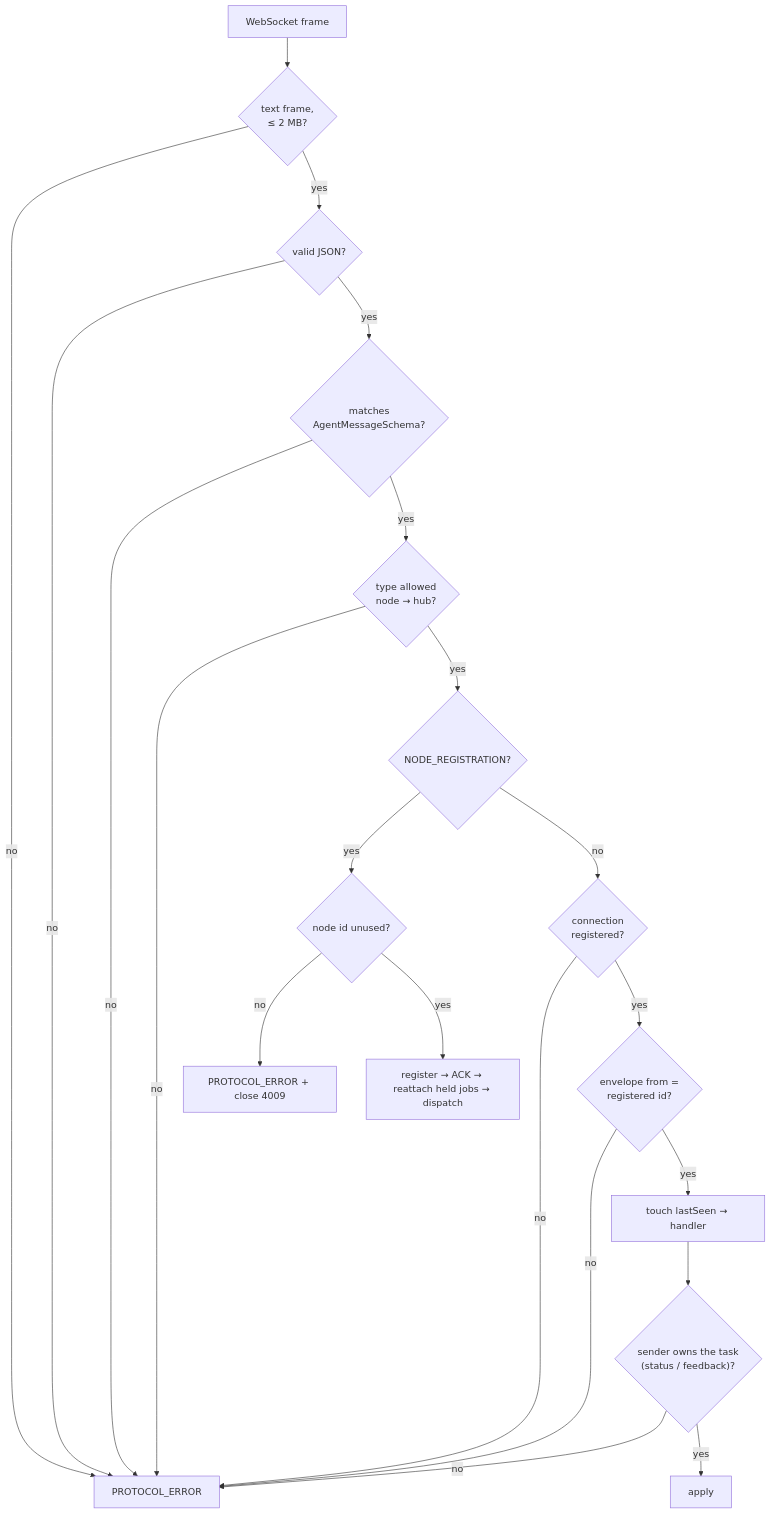
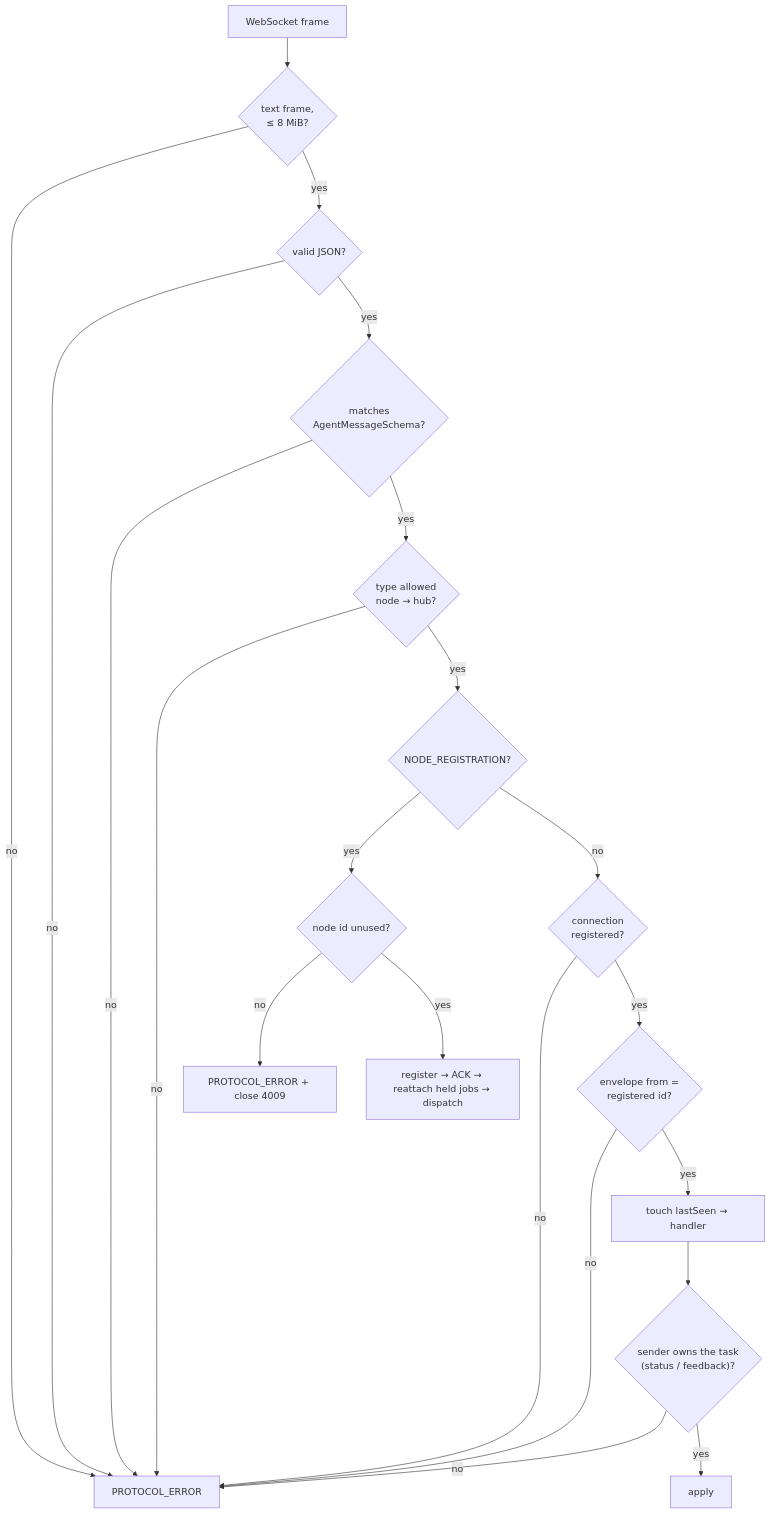
The third of 17 diagrams in ARCHITECTURE.md (Sys64k/ai-swarm-orchestrator), drawn with Mermaid before and after one commit. The commit also changed other lines of this file and 20 other files, not shown here.

````diff
--- a/ARCHITECTURE.md
+++ b/ARCHITECTURE.md
@@ -206,23 +206,23 @@
 ```mermaid
 flowchart TD
-  F["WebSocket frame"] --> B{"text frame,<br/>≤ 2 MB?"}
+  F["WebSocket frame"] --> B{"text frame,<br/>≤ 8 MiB?"}
   B -- no --> E["PROTOCOL_ERROR"]
   B -- yes --> J{"valid JSON?"}
   J -- no --> E
   J -- yes --> S{"matches<br/>AgentMessageSchema?"}
   S -- no --> E
   S -- yes --> D{"type allowed<br/>node → hub?"}
   D -- no --> E
   D -- yes --> R{"NODE_REGISTRATION?"}
   R -- yes --> U{"node id unused?"}
   U -- no --> EC["PROTOCOL_ERROR + close 4009"]
   U -- yes --> REG["register → ACK → reattach held jobs → dispatch"]
   R -- no --> REGD{"connection<br/>registered?"}
   REGD -- no --> E
   REGD -- yes --> ID{"envelope from =<br/>registered id?"}
   ID -- no --> E
   ID -- yes --> H["touch lastSeen → handler"]
   H --> OWN{"sender owns the task<br/>(status / feedback)?"}
   OWN -- no --> E
   OWN -- yes --> OK["apply"]
 ```
````
